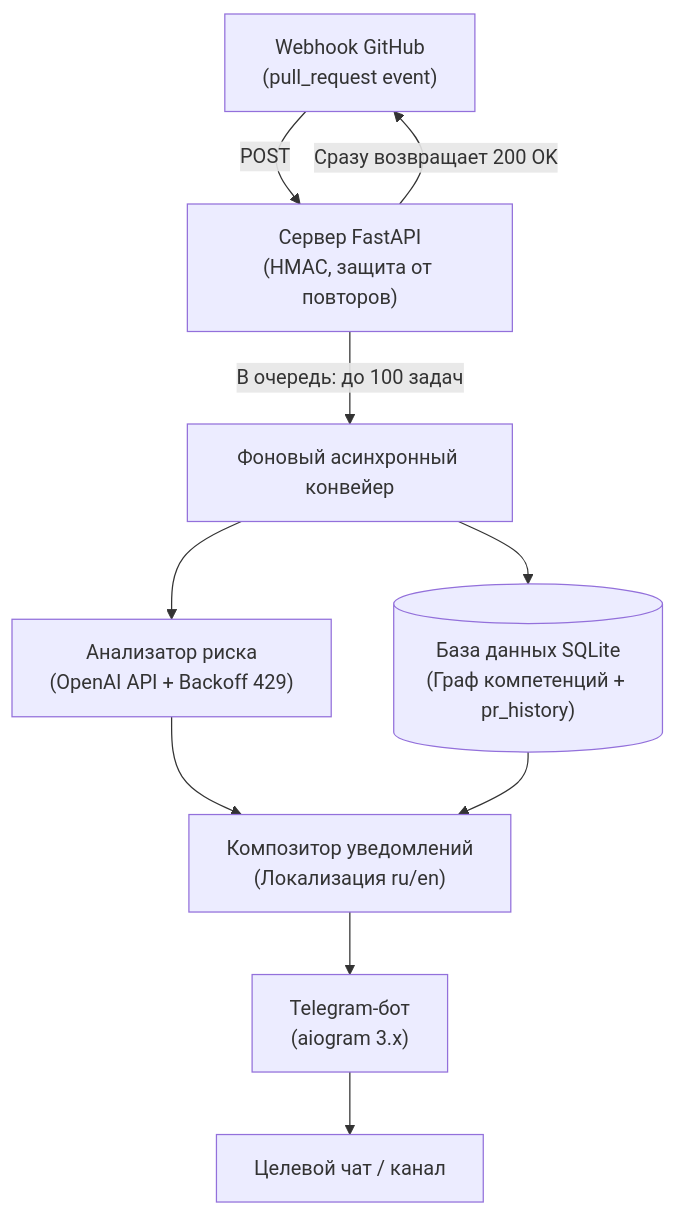
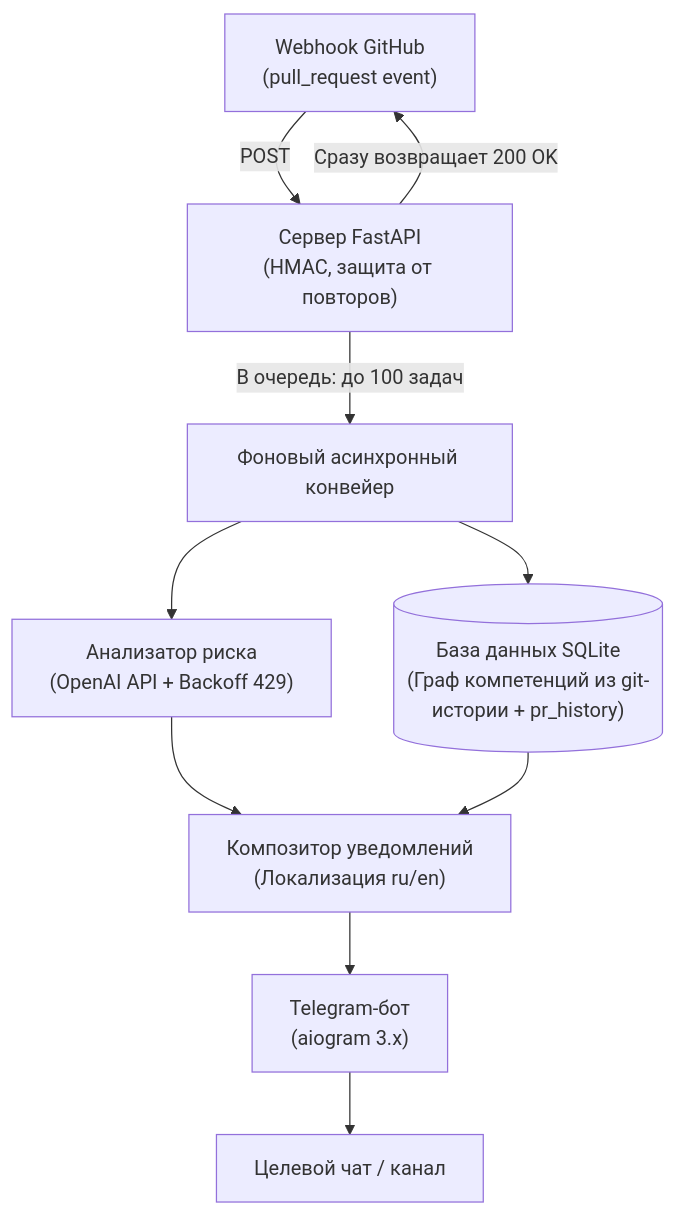
One commit to Undy19/PR-Sentinel changed the diagram in README.ru.md. Above: the diagram before and after it, drawn with Mermaid. The commit also changed 1 other file, not shown here.

Commit message:
docs(readme): note git-history source in diagram DB node

````diff
--- a/README.ru.md
+++ b/README.ru.md
@@ -27,16 +27,16 @@
 ```mermaid
 graph TD
     A["Webhook GitHub<br/>(pull_request event)"] -->|POST| B["Сервер FastAPI<br/>(HMAC, защита от повторов)"]
     B -->|Сразу возвращает 200 OK| A
     B -->|В очередь: до 100 задач| C["Фоновый асинхронный конвейер"]
 
     C --> D["Анализатор риска<br/>(OpenAI API + Backoff 429)"]
-    C --> E[("База данных SQLite<br/>(Граф компетенций + pr_history)")]
+    C --> E[("База данных SQLite<br/>(Граф компетенций из git-истории + pr_history)")]
 
     D --> F["Композитор уведомлений<br/>(Локализация ru/en)"]
     E --> F
 
     F --> G["Telegram-бот<br/>(aiogram 3.x)"]
     G --> H["Целевой чат / канал"]
 
 ```
````
